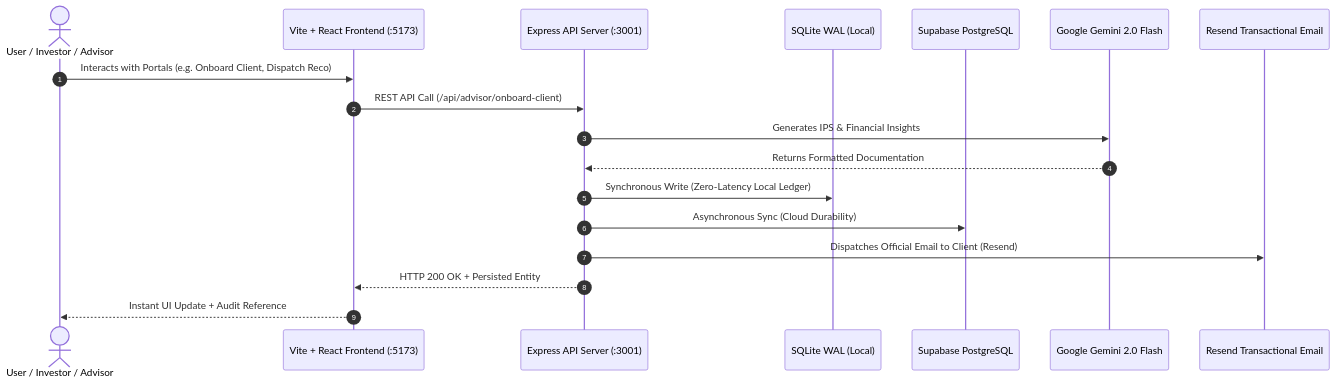
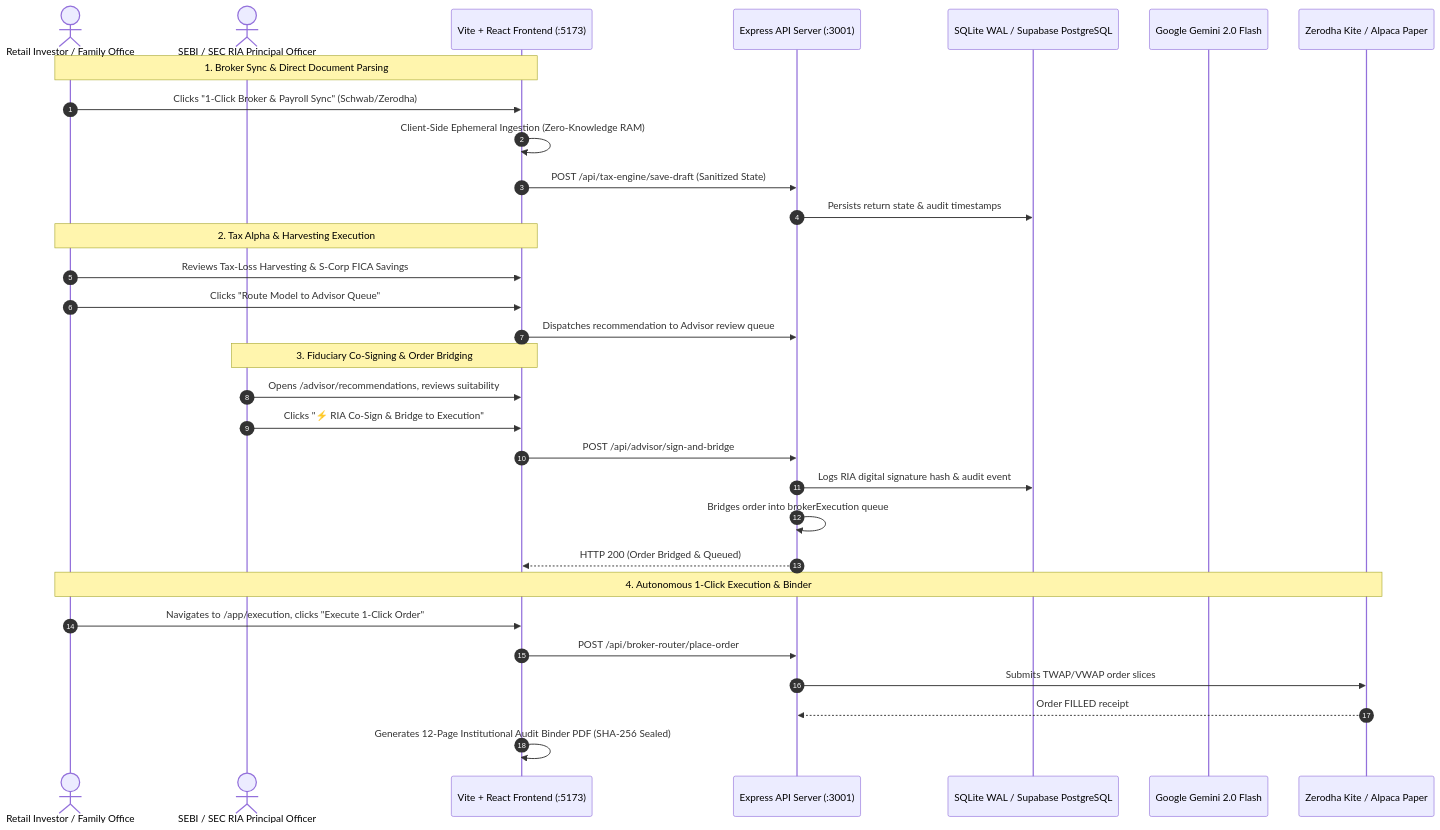
The second of 2 diagrams in README.md (adityachowdhuryin/Finagent), drawn with Mermaid before and after one commit. The commit also changed other lines of this file and 121 other files, not shown here.

Commit message:
feat: complete dual-market institutional tax studio, commercial moats, 50-state engine, and comprehensive system documentation

````diff
--- a/README.md
+++ b/README.md
@@ -152,21 +382,37 @@
 ```mermaid
 sequenceDiagram
     autonumber
-    actor User as User / Investor / Advisor
+    actor Investor as Retail Investor / Family Office
+    actor Advisor as SEBI / SEC RIA Principal Officer
     participant UI as Vite + React Frontend (:5173)
     participant API as Express API Server (:3001)
-    participant DB as SQLite WAL (Local)
-    participant Cloud as Supabase PostgreSQL
+    participant DB as SQLite WAL / Supabase PostgreSQL
     participant AI as Google Gemini 2.0 Flash
-    participant Mail as Resend Transactional Email
+    participant Broker as Zerodha Kite / Alpaca Paper
 
-    User->>UI: Interacts with Portals (e.g. Onboard Client, Dispatch Reco)
-    UI->>API: REST API Call (/api/advisor/onboard-client)
-    API->>AI: Generates IPS & Financial Insights
-    AI-->>API: Returns Formatted Documentation
-    API->>DB: Synchronous Write (Zero-Latency Local Ledger)
-    API->>Cloud: Asynchronous Sync (Cloud Durability)
-    API->>Mail: Dispatches Official Email to Client (Resend)
-    API-->>UI: HTTP 200 OK + Persisted Entity
-    UI-->>User: Instant UI Update + Audit Reference
+    Note over Investor,UI: 1. Broker Sync & Direct Document Parsing
+    Investor->>UI: Clicks "1-Click Broker & Payroll Sync" (Schwab/Zerodha)
+    UI->>UI: Client-Side Ephemeral Ingestion (Zero-Knowledge RAM)
+    UI->>API: POST /api/tax-engine/save-draft (Sanitized State)
+    API->>DB: Persists return state & audit timestamps
+
+    Note over Investor,UI: 2. Tax Alpha & Harvesting Execution
+    Investor->>UI: Reviews Tax-Loss Harvesting & S-Corp FICA Savings
+    Investor->>UI: Clicks "Route Model to Advisor Queue"
+    UI->>API: Dispatches recommendation to Advisor review queue
+
+    Note over Advisor,UI: 3. Fiduciary Co-Signing & Order Bridging
+    Advisor->>UI: Opens /advisor/recommendations, reviews suitability
+    Advisor->>UI: Clicks "⚡ RIA Co-Sign & Bridge to Execution"
+    UI->>API: POST /api/advisor/sign-and-bridge
+    API->>DB: Logs RIA digital signature hash & audit event
+    API->>API: Bridges order into brokerExecution queue
+    API-->>UI: HTTP 200 (Order Bridged & Queued)
+
+    Note over Investor,Broker: 4. Autonomous 1-Click Execution & Binder
+    Investor->>UI: Navigates to /app/execution, clicks "Execute 1-Click Order"
+    UI->>API: POST /api/broker-router/place-order
+    API->>Broker: Submits TWAP/VWAP order slices
+    Broker-->>API: Order FILLED receipt
+    UI->>UI: Generates 12-Page Institutional Audit Binder PDF (SHA-256 Sealed)
 ```
````
